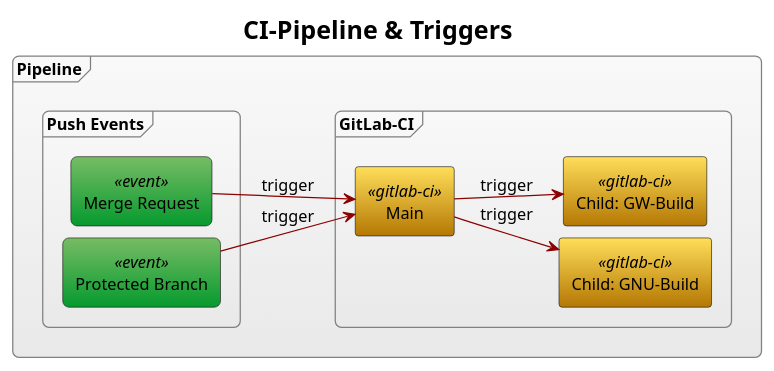
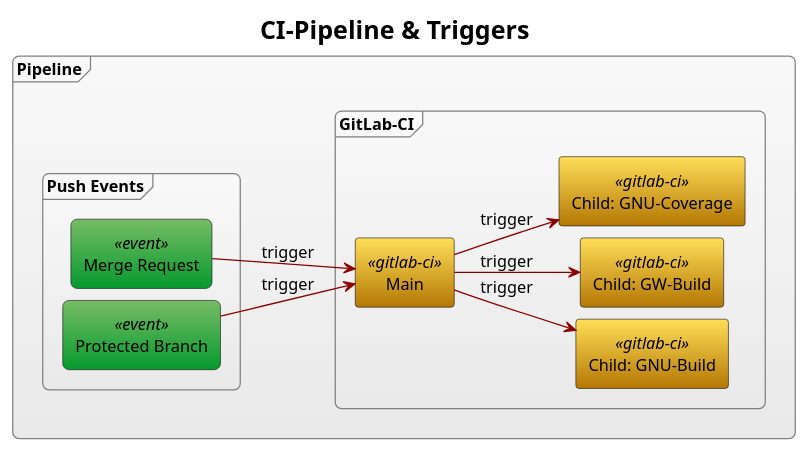
The diagram in doc/ci-pipeline.puml (Scanframe/sf-gitlab-devops), drawn with PlantUML before and after one commit. The commit also changed 48 other files, not shown here.

```diff
--- a/doc/ci-pipeline.puml
+++ b/doc/ci-pipeline.puml
@@ -1,66 +1,68 @@
 @startuml
 <style>
 	FontName Arial
 	FontSize 13
 	root
 	{
 		Padding 0
 		Margin 0
 		HorizontalAlignment Left
 	}
 	frame {
 		' define a new style, using CSS class syntax
 			FontColor Black
 			LineColor Gray
 			' Transparency is also possible
 			'BackgroundColor #52A0DC55
 			BackgroundColor #F9F9F9-#E9E9E9
 			'[From top left to bottom right <&fullscreen-enter>]
 			RoundCorner 10
 		}
 	}
 	rectangle
 	{
 		.event
 		{
 			'Green gradient
 			BackgroundColor #77BC65-#069A2E
 			RoundCorner 10
 		}
 		.gitlab-ci
 		{
 			BackgroundColor #FFDE59-#B47804
 		}
 	}
 	arrow
 	{
 		LineColor darkred
 	}
 }
 </style>
 
 skinparam TitleFontStyle Bold
 skinparam TitleFontSize 20
 skinparam RankSep 40
 skinparam NodeSep 10
 
 title "CI-Pipeline & Triggers"
 
 frame "Pipeline" as pipeline {
 	left to right direction
 	frame "Push Events" as events {
 		rectangle "Merge Request" <<event>> as merge_event
 		rectangle "Protected Branch" <<event>> as protected_event
 	}
 	frame "GitLab-CI" as gitlab_ci {
 		rectangle "Child: GNU-Build" <<gitlab-ci>> as gnu_cmake
 		rectangle "Child: GW-Build" <<gitlab-ci>> as gw_cmake
+		rectangle "Child: GNU-Coverage" <<gitlab-ci>> as gnu_coverage
 		rectangle "Main" <<gitlab-ci>> as main
 	}
 	'Connectors
 	protected_event -> main : trigger
 	merge_event --> main : trigger
 	main --> gnu_cmake : trigger
 	main --> gw_cmake : trigger
+	main --> gnu_coverage : trigger
 }
 @enduml
```
